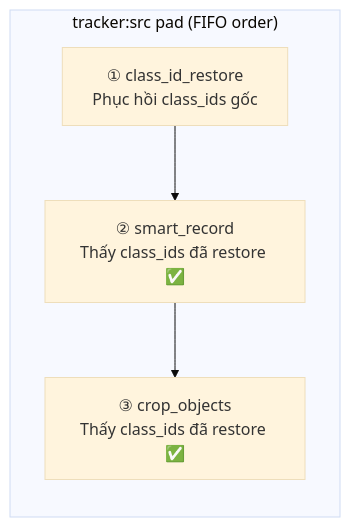
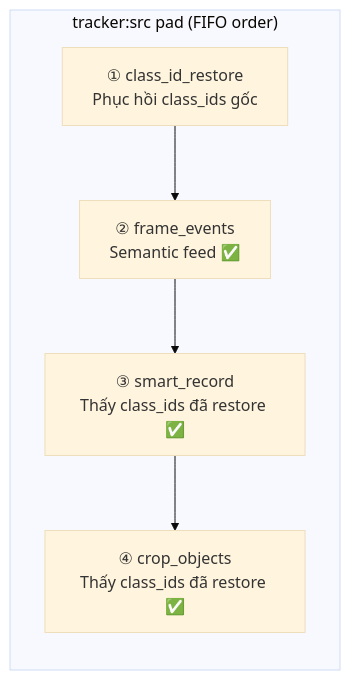
Before and after one commit to nam278/vms-engine: the eighth of 8 diagrams in docs/architecture/deepstream/07_event_handlers_probes.md, drawn with Mermaid (base theme). The commit also changed other lines of this file and 32 other files, not shown here.

First line of the commit message:
feat: Implement Frame Evidence Cache and Frame Events Probe Handler

````diff
--- a/docs/architecture/deepstream/07_event_handlers_probes.md
+++ b/docs/architecture/deepstream/07_event_handlers_probes.md
@@ -440,10 +520,11 @@
 ```mermaid
 flowchart LR
     subgraph "tracker:src pad (FIFO order)"
         direction TB
         P1["① class_id_restore<br/>Phục hồi class_ids gốc"]
-        P2["② smart_record<br/>Thấy class_ids đã restore ✅"]
-        P3["③ crop_objects<br/>Thấy class_ids đã restore ✅"]
-        P1 --> P2 --> P3
+        P2["② frame_events<br/>Semantic feed ✅"]
+        P3["③ smart_record<br/>Thấy class_ids đã restore ✅"]
+        P4["④ crop_objects<br/>Thấy class_ids đã restore ✅"]
+        P1 --> P2 --> P3 --> P4
     end
 ```
````
